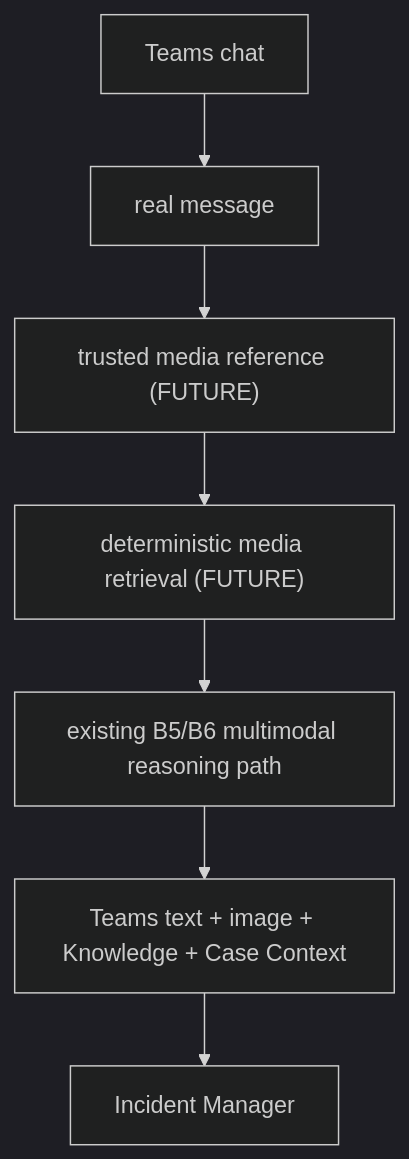
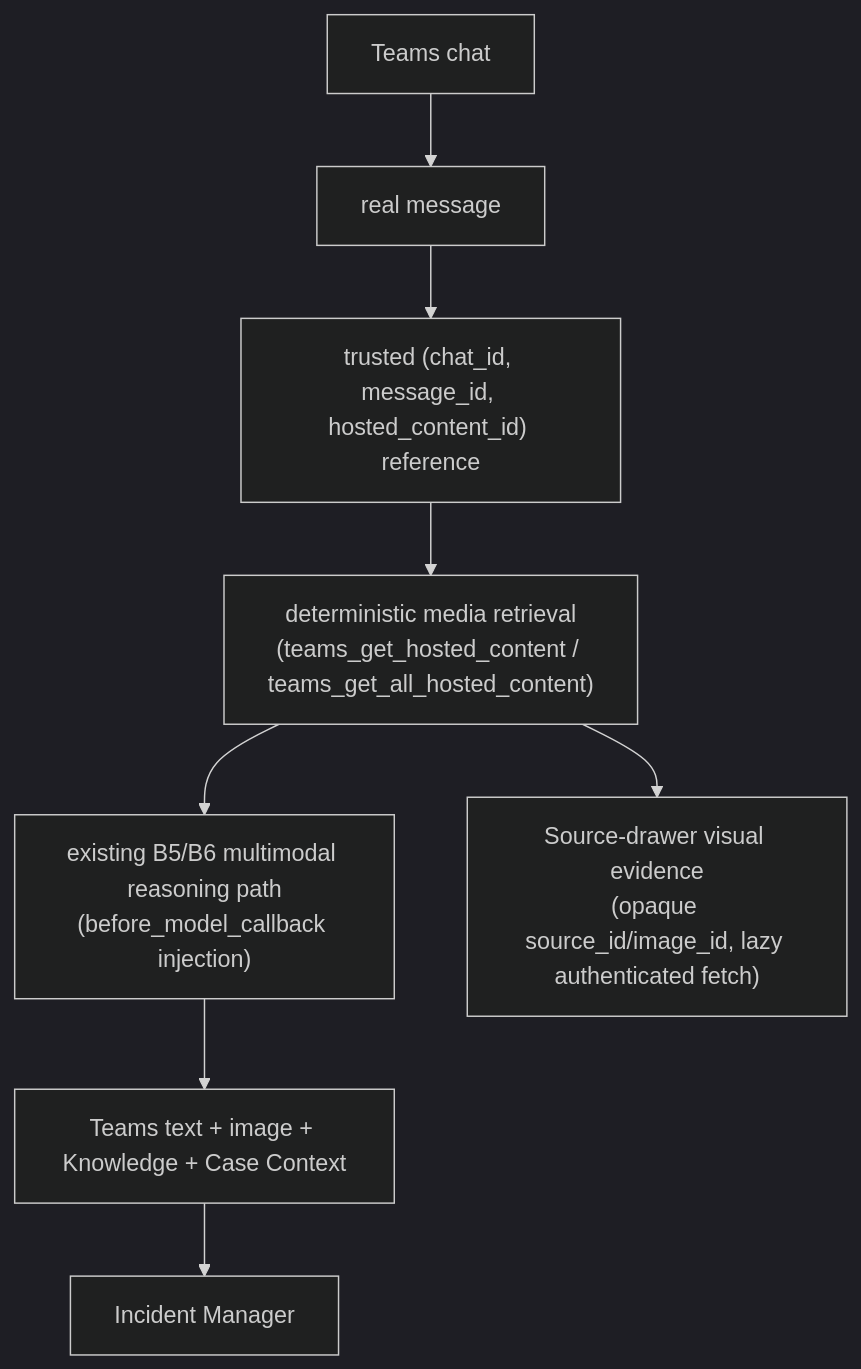
One commit to drak0niii/SLOPANOC changed the sixth of 10 diagrams in docs/BUILD_SEQUENCE.md. Above: the diagram before and after it, drawn with Mermaid (dark theme). The commit also changed other lines of this file and 7 other files, not shown here.

Commit message:
docs: establish canonical roadmap and defect governance

````diff
--- a/docs/BUILD_SEQUENCE.md
+++ b/docs/BUILD_SEQUENCE.md
@@ -631,9 +647,10 @@
 ```mermaid
 flowchart TD
     TCHAT["Teams chat"] --> TMSG["real message"]
-    TMSG --> TREF["trusted media reference (FUTURE)"]
-    TREF --> TRET["deterministic media retrieval (FUTURE)"]
-    TRET --> MM["existing B5/B6 multimodal reasoning path"]
+    TMSG --> TREF["trusted (chat_id, message_id, hosted_content_id) reference"]
+    TREF --> TRET["deterministic media retrieval<br/>(teams_get_hosted_content / teams_get_all_hosted_content)"]
+    TRET --> MM["existing B5/B6 multimodal reasoning path<br/>(before_model_callback injection)"]
     MM --> COMBINED["Teams text + image + Knowledge + Case Context"]
     COMBINED --> IM[Incident Manager]
+    TRET --> VE["Source-drawer visual evidence<br/>(opaque source_id/image_id, lazy authenticated fetch)"]
 ```
````
